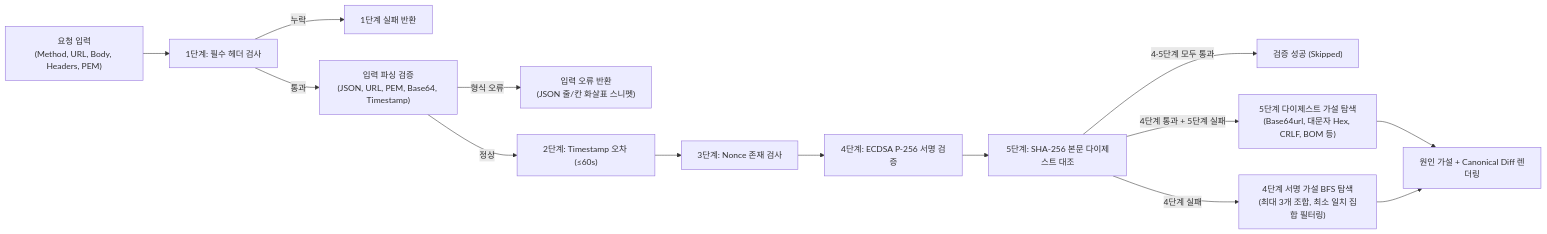
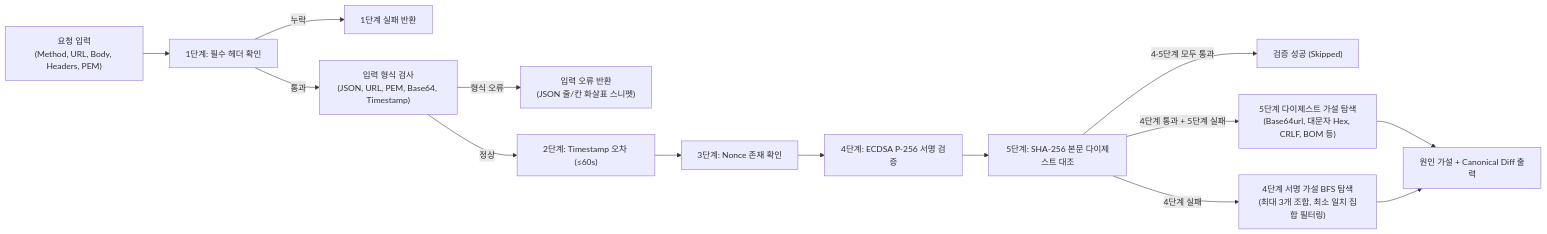
The second of 2 diagrams in README.md (altdmfk/pop-diagnoser), drawn with Mermaid before and after one commit. The commit also changed other lines of this file and 1 other file, not shown here.

Commit message:
docs: update README and case-study with inspector, cURL parser, and plain prose

````diff
--- a/README.md
+++ b/README.md
@@ -112,16 +131,16 @@
 ```mermaid
 flowchart LR
-    Input["요청 입력<br/>(Method, URL, Body, Headers, PEM)"] --> S1["1단계: 필수 헤더 검사"]
+    Input["요청 입력<br/>(Method, URL, Body, Headers, PEM)"] --> S1["1단계: 필수 헤더 확인"]
     S1 -- "누락" --> Out1["1단계 실패 반환"]
-    S1 -- "통과" --> Parse["입력 파싱 검증<br/>(JSON, URL, PEM, Base64, Timestamp)"]
+    S1 -- "통과" --> Parse["입력 형식 검사<br/>(JSON, URL, PEM, Base64, Timestamp)"]
     Parse -- "형식 오류" --> Err["입력 오류 반환<br/>(JSON 줄/칸 화살표 스니펫)"]
     Parse -- "정상" --> S2["2단계: Timestamp 오차 (≤60s)"]
-    S2 --> S3["3단계: Nonce 존재 검사"]
+    S2 --> S3["3단계: Nonce 존재 확인"]
     S3 --> S4["4단계: ECDSA P-256 서명 검증"]
     S4 --> S5["5단계: SHA-256 본문 다이제스트 대조"]
     S5 -- "4·5단계 모두 통과" --> Pass["검증 성공 (Skipped)"]
     S5 -- "4단계 통과 + 5단계 실패" --> H5["5단계 다이제스트 가설 탐색<br/>(Base64url, 대문자 Hex, CRLF, BOM 등)"]
     S5 -- "4단계 실패" --> H4["4단계 서명 가설 BFS 탐색<br/>(최대 3개 조합, 최소 일치 집합 필터링)"]
-    H5 --> Diff["원인 가설 + Canonical Diff 렌더링"]
+    H5 --> Diff["원인 가설 + Canonical Diff 출력"]
     H4 --> Diff
 ```
````
